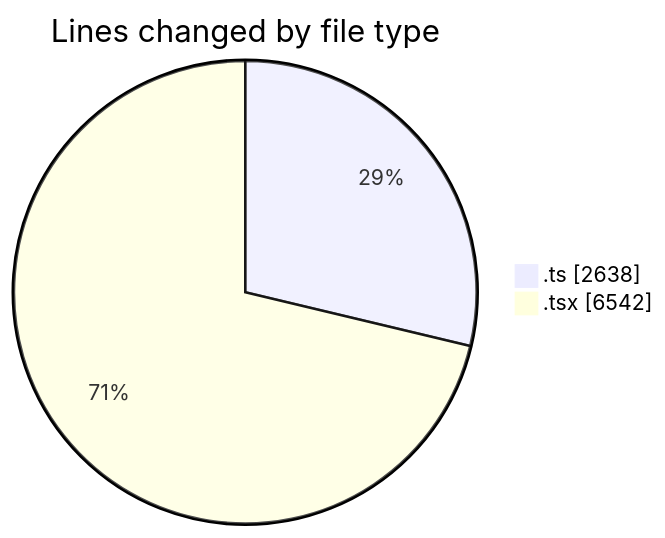
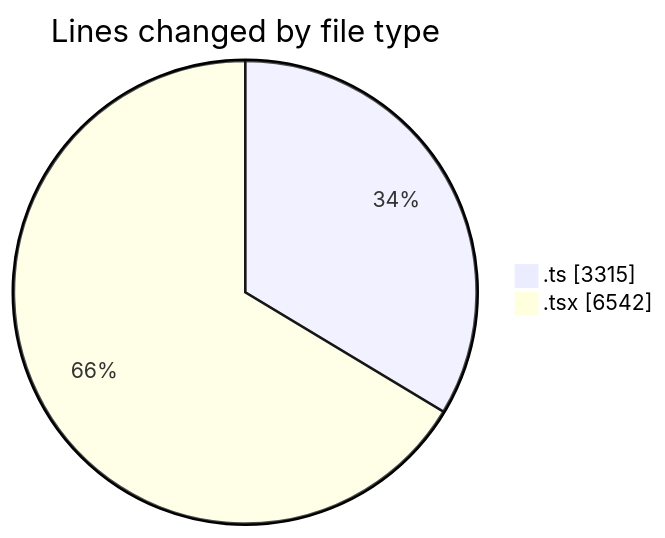
The first of 2 diagrams in 2025-07-01/cda/README.md (momahboobian/code-tracking), drawn with Mermaid before and after one commit. The commit also changed other lines of this file and 1 other file, not shown here.

````diff
--- a/2025-07-01/cda/README.md
+++ b/2025-07-01/cda/README.md
@@ -44,6 +45,6 @@
 ```mermaid
 pie showData
 title Lines changed by file type
-".ts" : 2638
+".ts" : 3315
 ".tsx" : 6542
 ```
````
